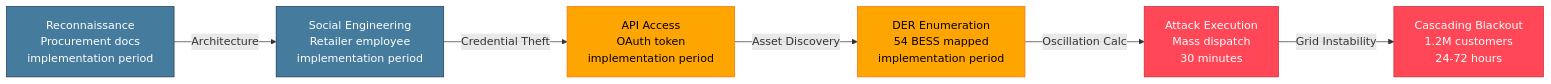
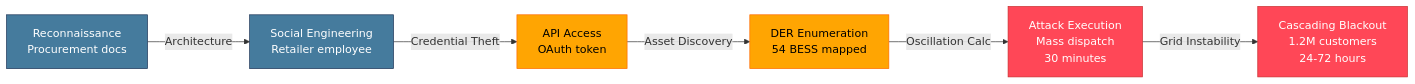
The eighth of 12 diagrams in references/WG-04-CF-Cascading-Failures/WG-04-CF-Cascading Failure Hypothesis.md (Planet9V/eigenia), drawn with Mermaid before and after one commit. The commit also changed other lines of this file, not shown here.

First line of the commit message:
feat(content): add the RoCoF-inertia and Purdue attack-path diagrams

````diff
--- a/references/WG-04-CF-Cascading-Failures/WG-04-CF-Cascading Failure Hypothesis.md
+++ b/references/WG-04-CF-Cascading-Failures/WG-04-CF-Cascading Failure Hypothesis.md
@@ -1537,16 +1608,16 @@
 ```mermaid
 graph LR
-    A[Reconnaissance<br/>Procurement docs<br/>implementation period] -->|Architecture| B[Social Engineering<br/>Retailer employee<br/>implementation period]
-    B -->|Credential Theft| C[API Access<br/>OAuth token<br/>implementation period]
-    C -->|Asset Discovery| D[DER Enumeration<br/>54 BESS mapped<br/>implementation period]
+    A[Reconnaissance<br/>Procurement docs] -->|Architecture| B[Social Engineering<br/>Retailer employee]
+    B -->|Credential Theft| C[API Access<br/>OAuth token]
+    C -->|Asset Discovery| D[DER Enumeration<br/>54 BESS mapped]
     D -->|Oscillation Calc| E[Attack Execution<br/>Mass dispatch<br/>30 minutes]
     E -->|Grid Instability| F[Cascading Blackout<br/>1.2M customers<br/>24-72 hours]
 
     classDef recon fill:#457b9d,stroke:#1d3557,color:#fff
     classDef access fill:#ffa502,stroke:#ff6b00,color:#000
     classDef impact fill:#ff4757,stroke:#c92a2a,color:#fff
 
     class A,B recon
     class C,D access
     class E,F impact
 ```
````
